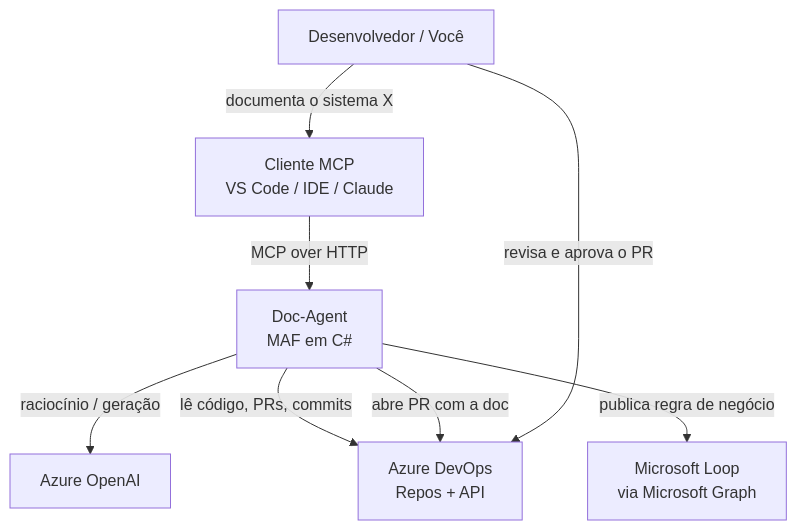
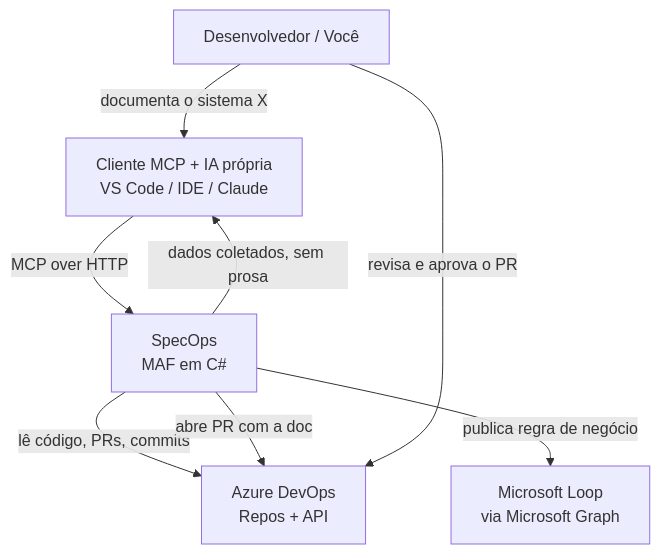
Before and after one commit to Madusalves/mcp: the diagram in README.md, drawn with Mermaid. The commit also changed other lines of this file and 170 other files, not shown here.

````diff
--- a/README.md
+++ b/README.md
@@ -48,10 +92,10 @@
 ```mermaid
 flowchart TD
-    Dev[Desenvolvedor / Você] -->|"documenta o sistema X"| Client[Cliente MCP\nVS Code / IDE / Claude]
-    Client -->|MCP over HTTP| Agent[Doc-Agent\nMAF em C#]
-    Agent -->|raciocínio / geração| AOAI[Azure OpenAI]
+    Dev[Desenvolvedor / Você] -->|"documenta o sistema X"| Client[Cliente MCP + IA própria\nVS Code / IDE / Claude]
+    Client -->|MCP over HTTP| Agent[SpecOps\nMAF em C#]
     Agent -->|lê código, PRs, commits| ADO[Azure DevOps\nRepos + API]
+    Agent -->|dados coletados, sem prosa| Client
     Agent -->|publica regra de negócio| Loop[Microsoft Loop\nvia Microsoft Graph]
     Agent -->|abre PR com a doc| ADO
     Dev -->|revisa e aprova o PR| ADO
 ```
````
